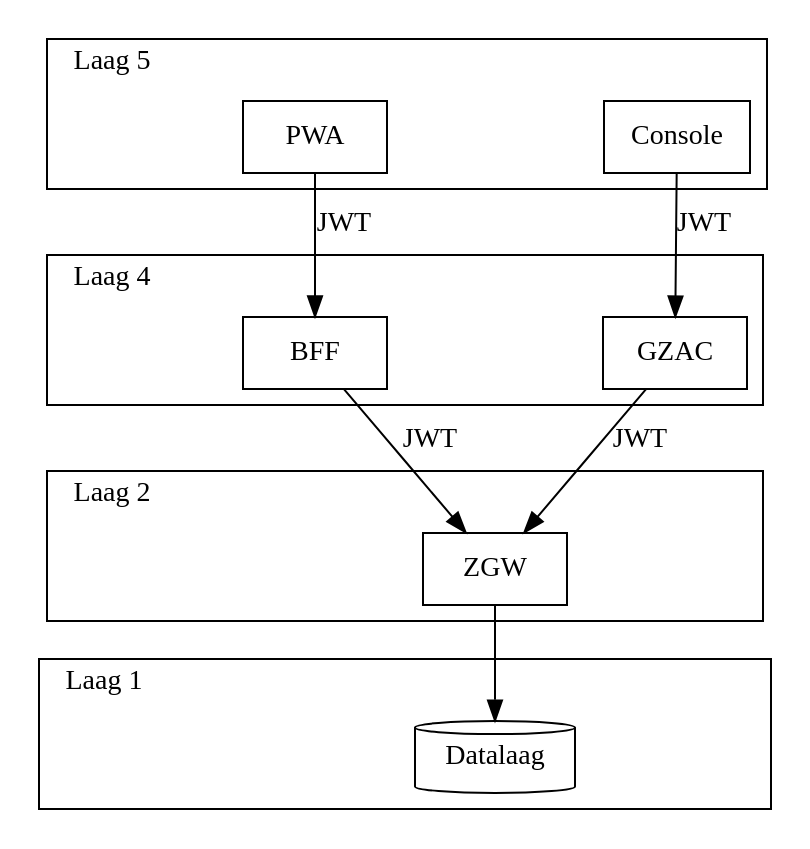
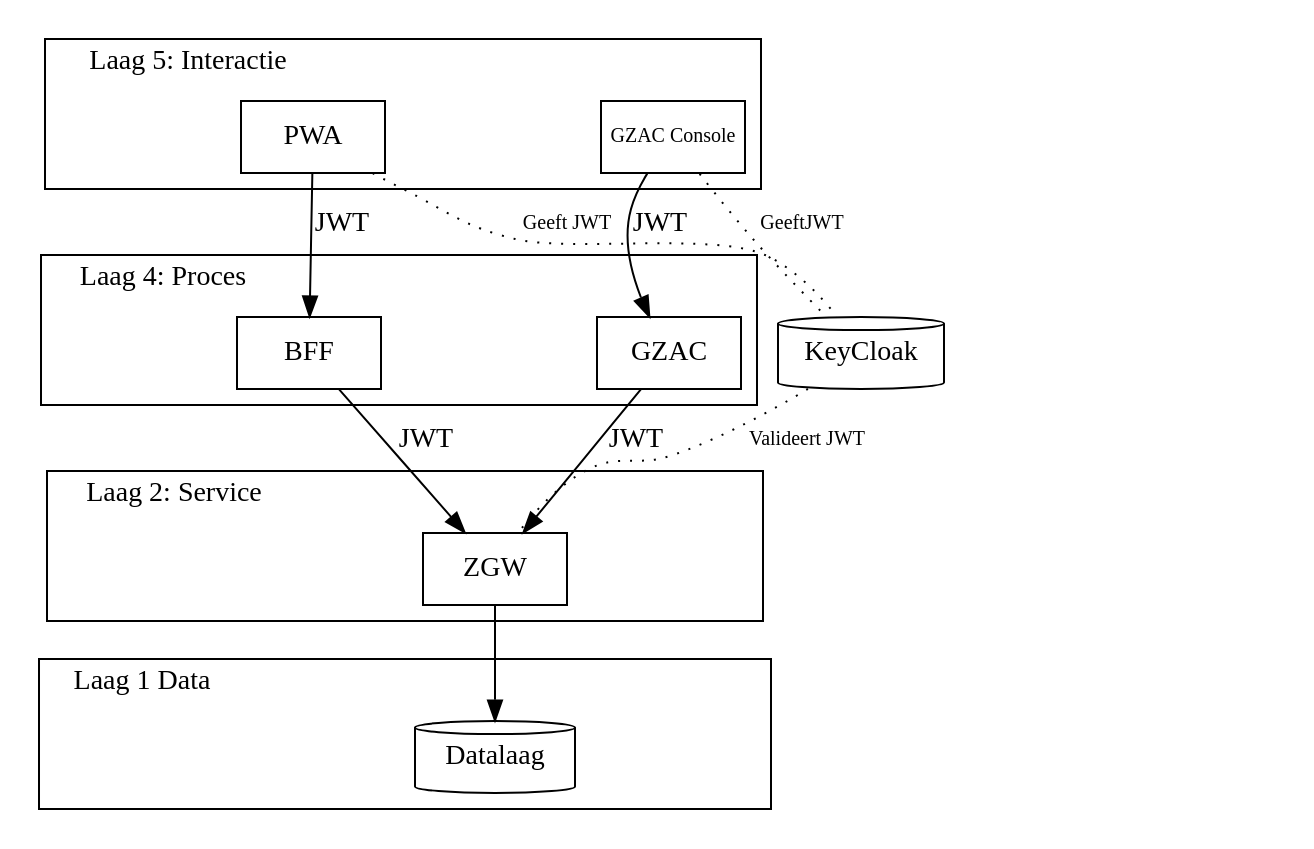
One commit to Gemeente-DenHaag/referentie-common-ground-implementatie changed the diagram in images/graphviz/rbac.dot. Above: the diagram before and after it, drawn with Graphviz. The commit also changed 2 other files, not shown here.

```diff
--- a/images/graphviz/rbac.dot
+++ b/images/graphviz/rbac.dot
@@ -1,51 +1,68 @@
 digraph {
-
+newrank="true"
 layout="dot"
-center="true"
- 
 
 subgraph cluster_laag5{
-    label="Laag 5"
+    rank=same
+    label="Laag 5: Interactie"
     labelloc="t";
     labeljust="l"
     "PWA"[shape=rect,width=1]
     "Filler1"[shape=rect,style=invisible,width=1]
-    "Console"[shape=rect,width=1]
-    "Filler0"[shape=rect,style=invisible,width=1]
+    "Console"[shape=rect,width=1,label="GZAC Console",fixedsize=true,fontsize=10]
+    "Filler0"[shape=rect,width=1,style=invis]
 }
+
+
 subgraph cluster_laag4{
-    label="Laag 4"
+    rank=same
+    label="Laag 4: Proces"
     labelloc="t";
     labeljust="l"
     "BFF"[shape=rect,width=1]
     "Filler2"[shape=rect,style=invisible,width=1]
     "GZAC"[shape=rect,width=1]
-    "Filler3"[shape=rect,style=invisible,width=1]
+    "Filler3"[shape=rect,width=1,style=invis]
 }
 subgraph cluster_laag2{
-    label="Laag 2"
+    rank=same
+    label="Laag 2: Service"
     labelloc="t";
     labeljust="l"
     "a"[shape=rect,width=1,style=invisible]
     "ZGW"[shape=rect,width=1]
     "b"[shape=rect,width=1,style=invisible]
     "Filler4"[shape=rect,style=invisible,width=1]
 }
 
 subgraph cluster_4{
-    label="Laag 1"
+    rank=same
+    label="Laag 1 Data"
     labelloc="t";
     labeljust="l"
     "c"[shape=rect,width=1,style=invis]
     "Datalaag"[shape=cylinder,width=1]
     "d"[shape=rect,width=1,style=invis]
     "Filler5"[shape=rect,style=invis,width=1]
 }
 
-PWA->BFF[label="JWT"];
-Console->GZAC[label="JWT"];
-GZAC->ZGW[label="JWT"];
-BFF->ZGW[label="JWT"];
+
+
+PWA->BFF->ZGW[label="JWT"];
+Console->GZAC->ZGW[label="JWT"];
+
 ZGW->Datalaag;
 BFF->b[style=invis]
+
+KeyCloak[shape=cylinder];
+KeyCloak->ZGW[label="Valideert JWT",fontsize="10",style=dotted,arrowhead=none];
+Console->KeyCloak[label="GeeftJWT",fontsize="10",style=dotted,arrowhead=none];
+PWA->KeyCloak[label="Geeft JWT",fontsize="10",style=dotted,arrowhead=none];
+
+FillerX[shape=rect,width=1,style=invis]
+FillerY[shape=rect,width=1,style=invis]
+FillerZ[shape=rect,width=1,style=invis]
+FillerX->KeyCloak[style=invis]
+FillerY->KeyCloak[style=invis]
+FillerZ->KeyCloak[style=invis]
 }
```
